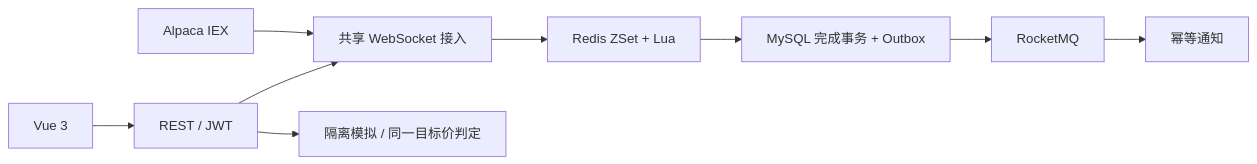
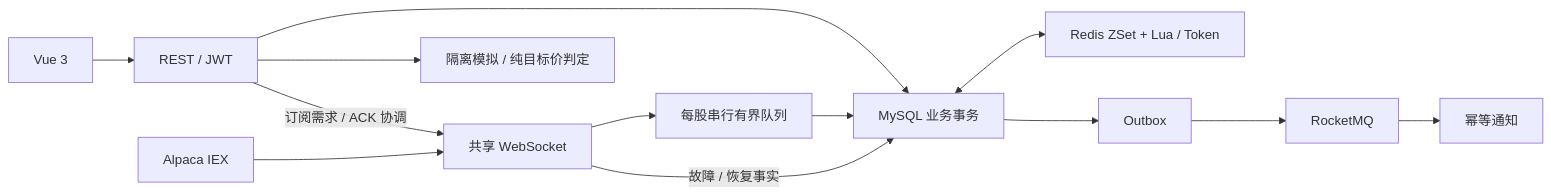
One commit to originalEzra/PricePulse changed the diagram in README.md. Above: the diagram before and after it, drawn with Mermaid. The commit also changed other lines of this file and 3 other files, not shown here.

````diff
--- a/README.md
+++ b/README.md
@@ -49,11 +50,15 @@
 ```mermaid
 flowchart LR
-    UI[Vue 3] --> API[REST / JWT]
-    API --> Feed[共享 WebSocket 接入]
-    Alpaca[Alpaca IEX] --> Feed
-    Feed --> Index[Redis ZSet + Lua]
-    Index --> TX[MySQL 完成事务 + Outbox]
-    TX --> MQ[RocketMQ]
-    MQ --> Notify[幂等通知]
-    API --> Sim[隔离模拟 / 同一目标价判定]
+    UI["Vue 3"] --> API["REST / JWT"]
+    API --> TX["MySQL 业务事务"]
+    API -- "订阅需求 / ACK 协调" --> Feed["共享 WebSocket"]
+    Alpaca["Alpaca IEX"] --> Feed
+    Feed --> Lane["每股串行有界队列"]
+    Lane --> TX
+    TX <--> Index["Redis ZSet + Lua / Token"]
+    Feed -- "故障 / 恢复事实" --> TX
+    TX --> Outbox["Outbox"]
+    Outbox --> MQ["RocketMQ"]
+    MQ --> Notify["幂等通知"]
+    API --> Sim["隔离模拟 / 纯目标价判定"]
 ```
````
